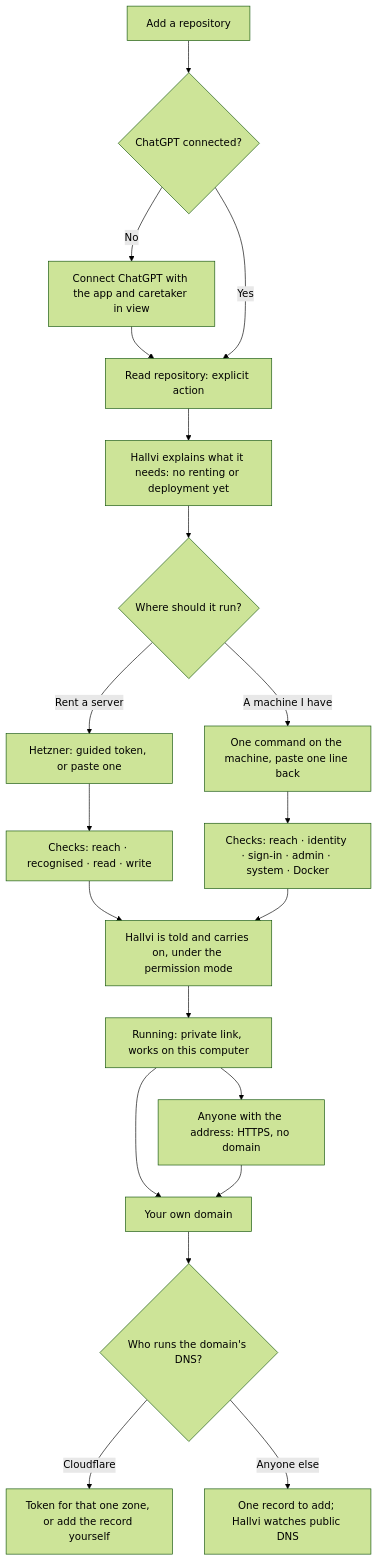
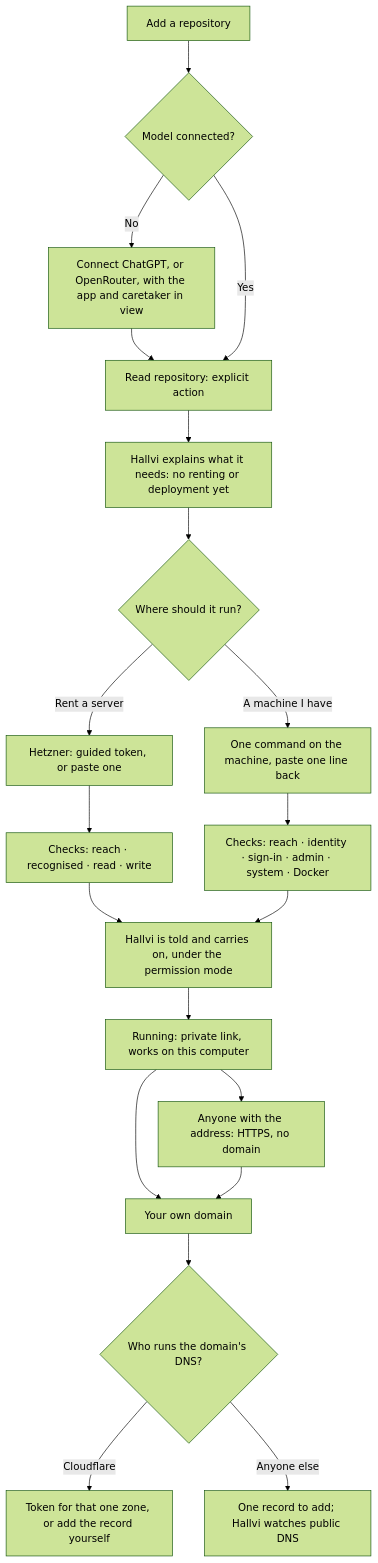
One commit to lustoykov/hallvi changed the first of 2 diagrams in docs/design/onboarding.md. Above: the diagram before and after it, drawn with Mermaid (forest theme). The commit also changed other lines of this file and 40 other files, not shown here.

First line of the commit message:
feat: OpenRouter as a second model account beside ChatGPT

````diff
--- a/docs/design/onboarding.md
+++ b/docs/design/onboarding.md
@@ -40,22 +40,22 @@
 ```mermaid
 flowchart TD
-  A[Add a repository] --> A1{ChatGPT connected?}
-  A1 -- No --> A2[Connect ChatGPT with the app and caretaker in view]
+  A[Add a repository] --> A1{Model connected?}
+  A1 -- No --> A2[Connect ChatGPT, or OpenRouter, with the app and caretaker in view]
   A2 --> A3[Read repository: explicit action]
   A1 -- Yes --> A3
   A3 --> B[Hallvi explains what it needs: no renting or deployment yet]
   B --> C{Where should it run?}
   C -- Rent a server --> D[Hetzner: guided token, or paste one]
   C -- A machine I have --> E[One command on the machine, paste one line back]
   D --> F[Checks: reach · recognised · read · write]
   E --> G[Checks: reach · identity · sign-in · admin · system · Docker]
   F --> H[Hallvi is told and carries on, under the permission mode]
   G --> H
   H --> I[Running: private link, works on this computer]
   I --> J[Anyone with the address: HTTPS, no domain]
   I --> K[Your own domain]
   J --> K
   K --> L{Who runs the domain's DNS?}
   L -- Cloudflare --> M[Token for that one zone, or add the record yourself]
   L -- Anyone else --> N[One record to add; Hallvi watches public DNS]
 ```
````
